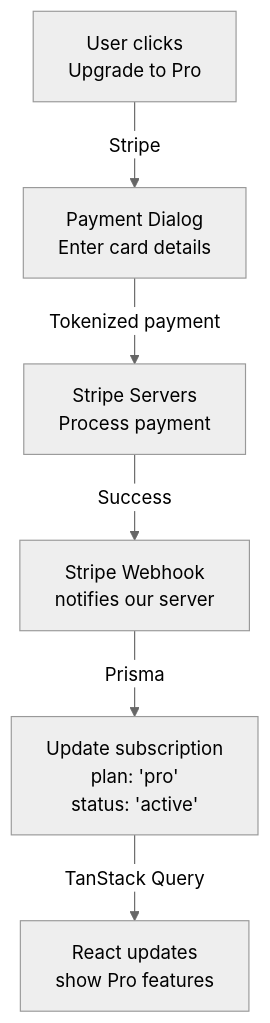
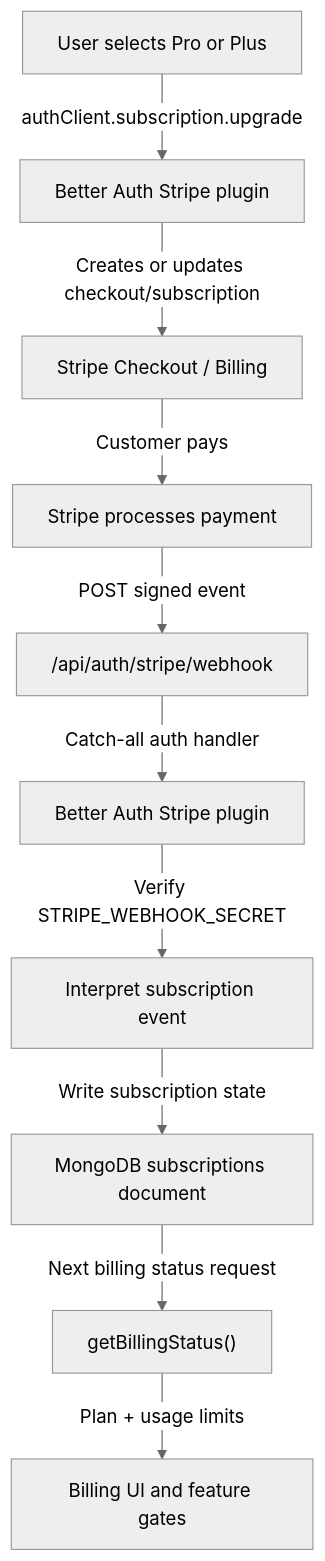
The tenth of 23 diagrams in docs/HOW_IT_WORKS.md (anshulgupta48/RankSEO-WebApp), drawn with Mermaid (neutral theme) before and after one commit. The commit also changed other lines of this file, not shown here.

````diff
--- a/docs/HOW_IT_WORKS.md
+++ b/docs/HOW_IT_WORKS.md
@@ -177,8 +227,12 @@
 ```mermaid
 flowchart TD
-    A["User clicks<br/>Upgrade to Pro"] -->|Stripe| B["Payment Dialog<br/>Enter card details"]
-    B -->|Tokenized payment| C["Stripe Servers<br/>Process payment"]
-    C -->|Success| D["Stripe Webhook<br/>notifies our server"]
-    D -->|Prisma| E["Update subscription<br/>plan: 'pro'<br/>status: 'active'"]
-    E -->|TanStack Query| F["React updates<br/>show Pro features"]
+  A["User selects Pro or Plus"] -->|authClient.subscription.upgrade| B["Better Auth Stripe plugin"]
+  B -->|Creates or updates checkout/subscription| C["Stripe Checkout / Billing"]
+  C -->|Customer pays| D["Stripe processes payment"]
+  D -->|POST signed event| E["/api/auth/stripe/webhook"]
+  E -->|Catch-all auth handler| F["Better Auth Stripe plugin"]
+  F -->|Verify STRIPE_WEBHOOK_SECRET| G["Interpret subscription event"]
+  G -->|Write subscription state| H["MongoDB subscriptions document"]
+  H -->|Next billing status request| I["getBillingStatus()"]
+  I -->|Plan + usage limits| J["Billing UI and feature gates"]
 ```
````
